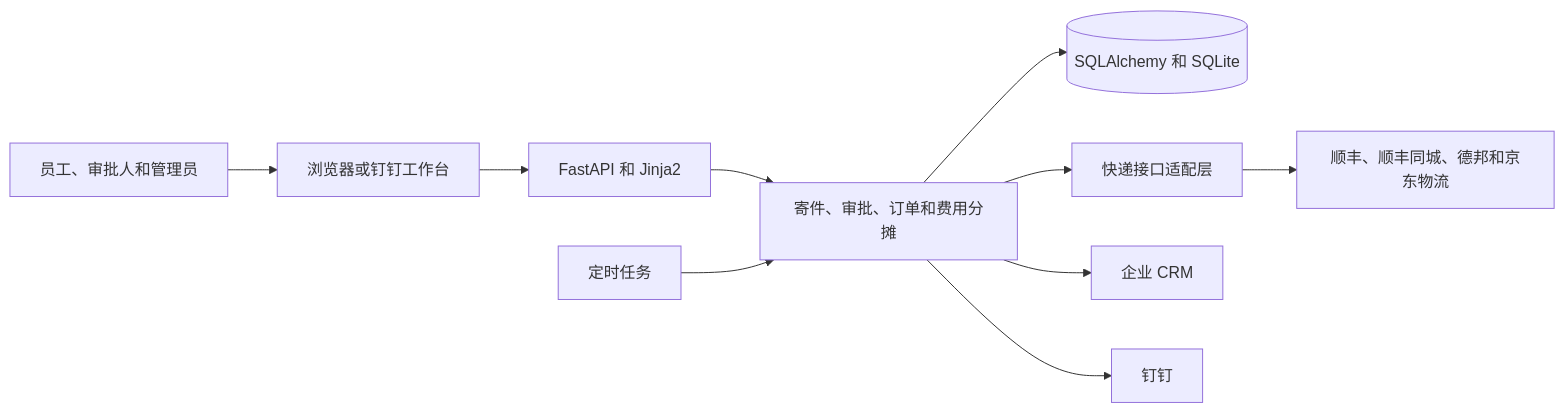
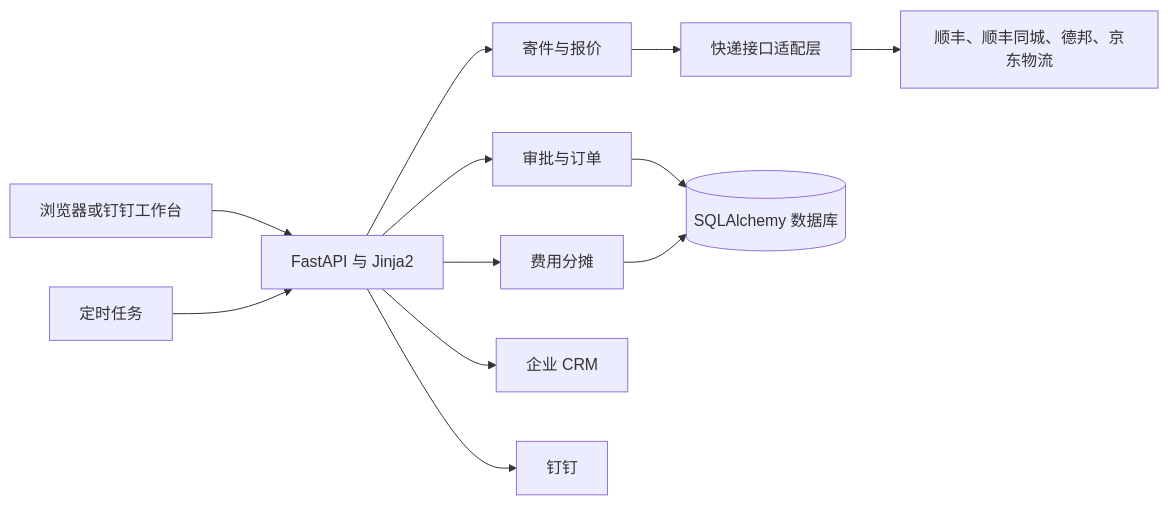
Before and after one commit to Hyderiu/enterprise-courier-system: the second of 2 diagrams in README.md, drawn with Mermaid. The commit also changed other lines of this file, not shown here.

````diff
--- a/README.md
+++ b/README.md
@@ -112,12 +116,14 @@
 ```mermaid
 flowchart LR
-    A[员工、审批人和管理员] --> B[浏览器或钉钉工作台]
-    B --> C[FastAPI 和 Jinja2]
-    C --> D[寄件、审批、订单和费用分摊]
-    D --> E[(SQLAlchemy 和 SQLite)]
-    D --> F[快递接口适配层]
-    F --> G[顺丰、顺丰同城、德邦和京东物流]
-    D --> H[企业 CRM]
-    D --> I[钉钉]
-    J[定时任务] --> D
+    A[浏览器或钉钉工作台] --> B[FastAPI 与 Jinja2]
+    B --> C[寄件与报价]
+    B --> D[审批与订单]
+    B --> E[费用分摊]
+    C --> F[快递接口适配层]
+    D --> G[(SQLAlchemy 数据库)]
+    E --> G
+    F --> H[顺丰、顺丰同城、德邦、京东物流]
+    B --> I[企业 CRM]
+    B --> J[钉钉]
+    K[定时任务] --> B
 ```
````
